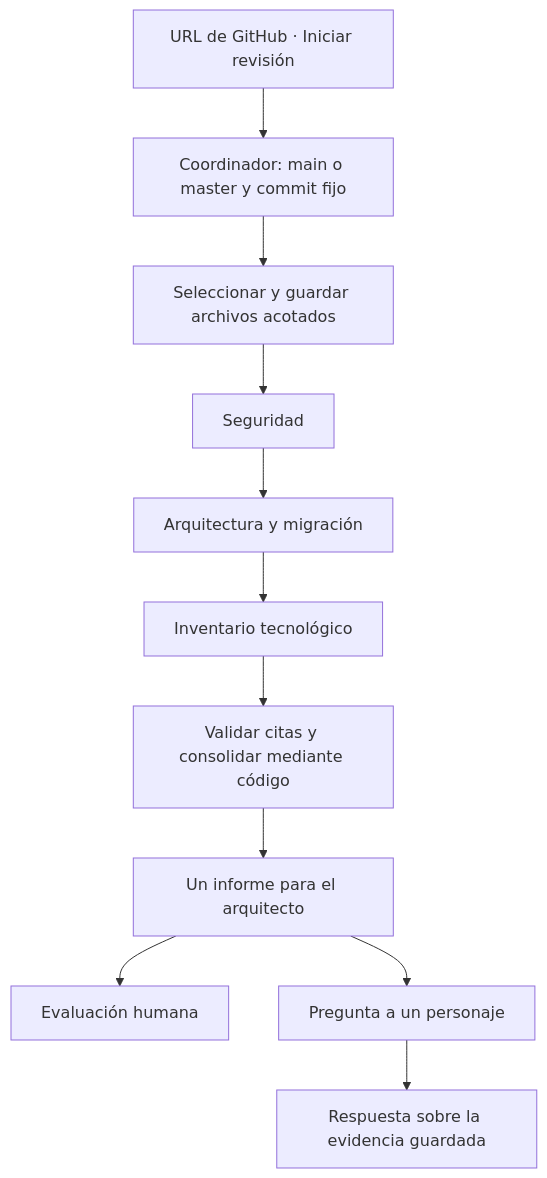
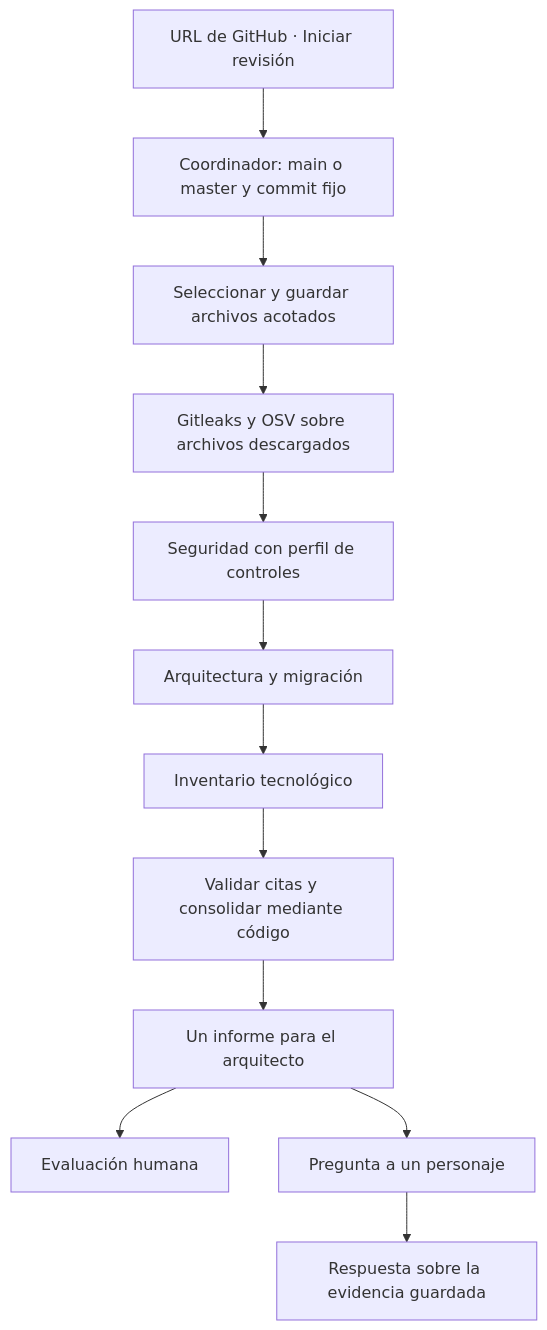
One commit to ziuld/analysis-office-test changed the diagram in docs/WORKFLOW.md. Above: the diagram before and after it, drawn with Mermaid. The commit also changed other lines of this file and 56 other files, not shown here.

````diff
--- a/docs/WORKFLOW.md
+++ b/docs/WORKFLOW.md
@@ -5,13 +5,14 @@
 ```mermaid
 flowchart TD
     A[URL de GitHub · Iniciar revisión] --> B[Coordinador: main o master y commit fijo]
     B --> C[Seleccionar y guardar archivos acotados]
-    C --> D[Seguridad]
+    C --> S[Gitleaks y OSV sobre archivos descargados]
+    S --> D[Seguridad con perfil de controles]
     D --> E[Arquitectura y migración]
     E --> F[Inventario tecnológico]
     F --> G[Validar citas y consolidar mediante código]
     G --> H[Un informe para el arquitecto]
     H --> I[Evaluación humana]
     H --> J[Pregunta a un personaje]
     J --> K[Respuesta sobre la evidencia guardada]
 ```
````
